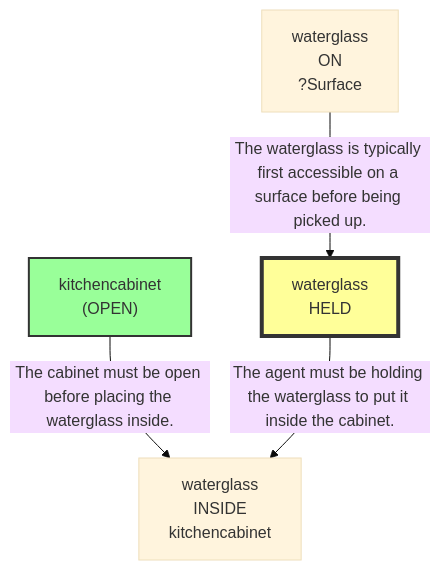
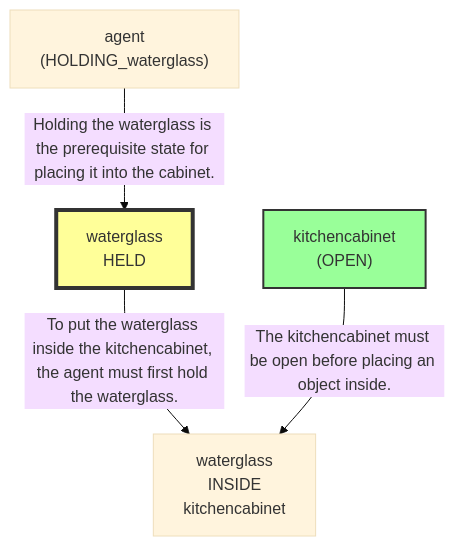
The first of 6 diagrams in evaluation/results/table3/robostate/runs/without_memory/M4_17/run_T3_without_memory_M4_17.md (scuama/virtualhome), drawn with Mermaid (base theme) before and after one commit. The commit also changed other lines of this file and 507 other files, not shown here.

````diff
--- a/evaluation/results/table3/robostate/runs/without_memory/M4_17/run_T3_without_memory_M4_17.md
+++ b/evaluation/results/table3/robostate/runs/without_memory/M4_17/run_T3_without_memory_M4_17.md
@@ -102,12 +104,12 @@
 ```mermaid
 graph TD
     N1["waterglass<br>INSIDE<br>kitchencabinet"]
     N2["kitchencabinet<br>(OPEN)"]
     style N2 fill:#9f9,stroke:#333,stroke-width:2px
     N3["waterglass<br>HELD<br>"]
     style N3 fill:#ff9,stroke:#333,stroke-width:4px
-    N4["waterglass<br>ON<br>?Surface"]
-    N2 -->|"The cabinet must be open before placing the waterglass inside."| N1
-    N3 -->|"The agent must be holding the waterglass to put it inside the cabinet."| N1
-    N4 -->|"The waterglass is typically first accessible on a surface before being picked up."| N3
+    N4["agent<br>(HOLDING_waterglass)"]
+    N3 -->|"To put the waterglass inside the kitchencabinet, the agent must first hold the waterglass."| N1
+    N2 -->|"The kitchencabinet must be open before placing an object inside."| N1
+    N4 -->|"Holding the waterglass is the prerequisite state for placing it into the cabinet."| N3
 ```
````
